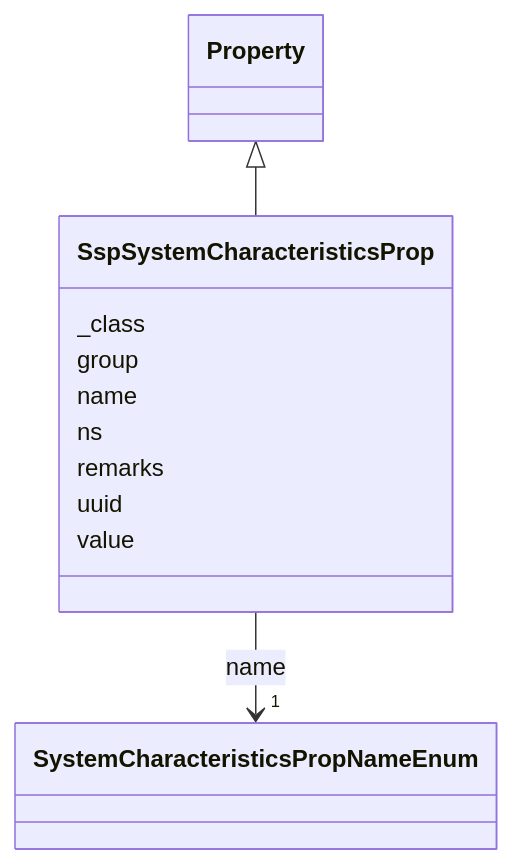
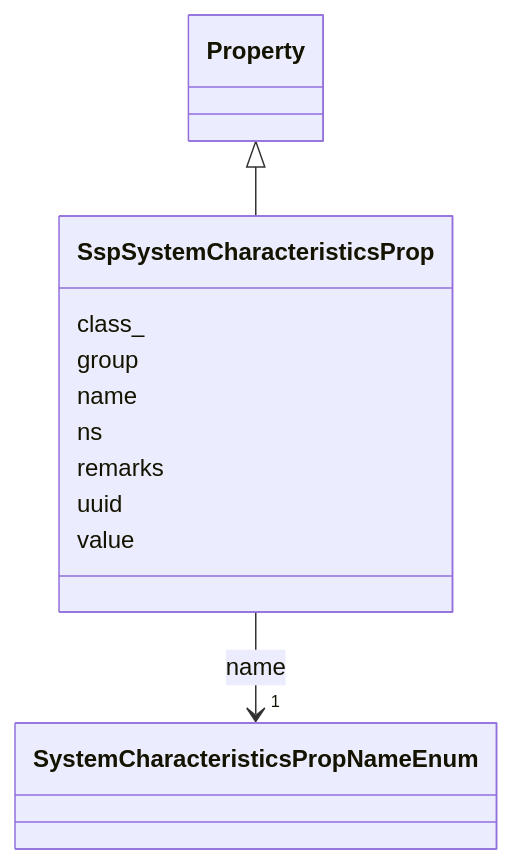
Before and after one commit to lmodel/oscal: the diagram in project/mermaid/SspSystemCharacteristicsProp.md, drawn with Mermaid. The commit also changed 434 other files, not shown here.

Commit message:
fix(schema): stamp the modules for 1.2.3 and regenerate extended outputs

````diff
--- a/project/mermaid/SspSystemCharacteristicsProp.md
+++ b/project/mermaid/SspSystemCharacteristicsProp.md
@@ -4,32 +4,32 @@
 ```mermaid
  classDiagram
     class SspSystemCharacteristicsProp
     click SspSystemCharacteristicsProp href "../SspSystemCharacteristicsProp"
       Property <|-- SspSystemCharacteristicsProp
         click Property href "../Property"
       
-      SspSystemCharacteristicsProp : _class
+      SspSystemCharacteristicsProp : class_
         
       SspSystemCharacteristicsProp : group
         
       SspSystemCharacteristicsProp : name
         
           
     
         
         
         SspSystemCharacteristicsProp --> "1" SystemCharacteristicsPropNameEnum : name
         click SystemCharacteristicsPropNameEnum href "../SystemCharacteristicsPropNameEnum"
     
 
         
       SspSystemCharacteristicsProp : ns
         
       SspSystemCharacteristicsProp : remarks
         
       SspSystemCharacteristicsProp : uuid
         
       SspSystemCharacteristicsProp : value
         
       
 ```
````
